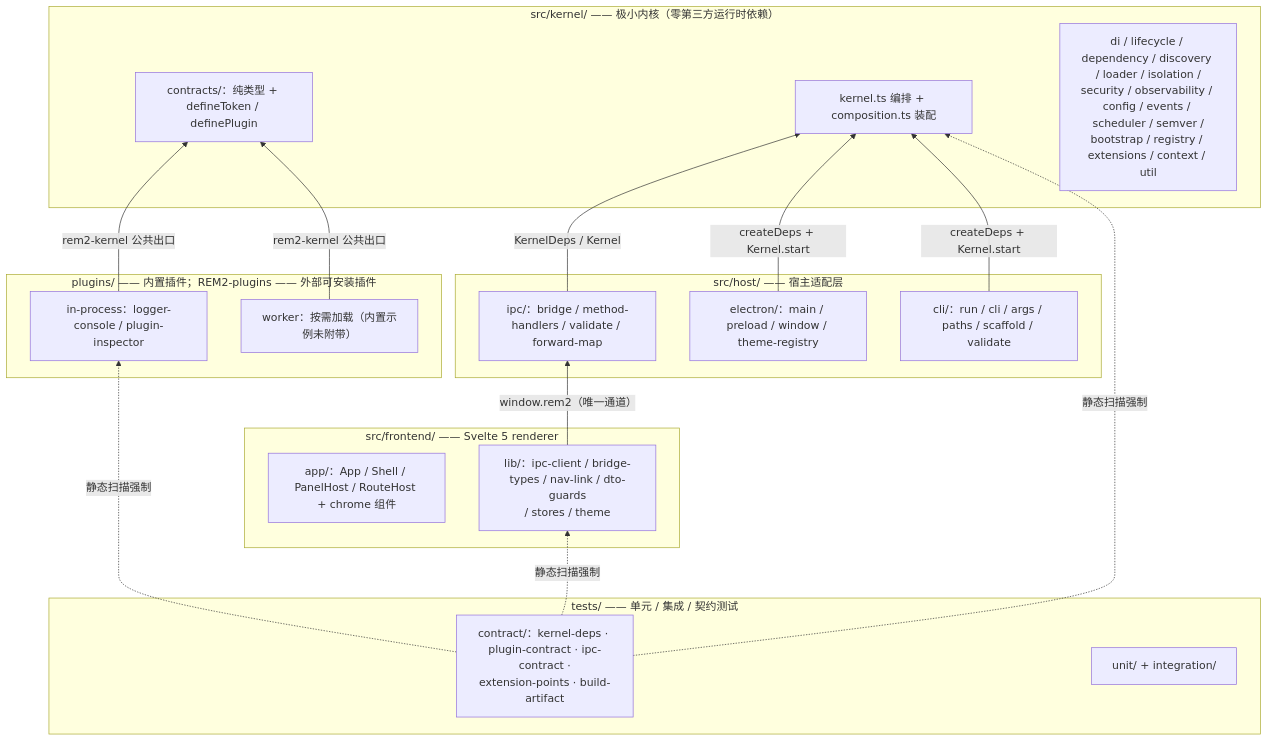
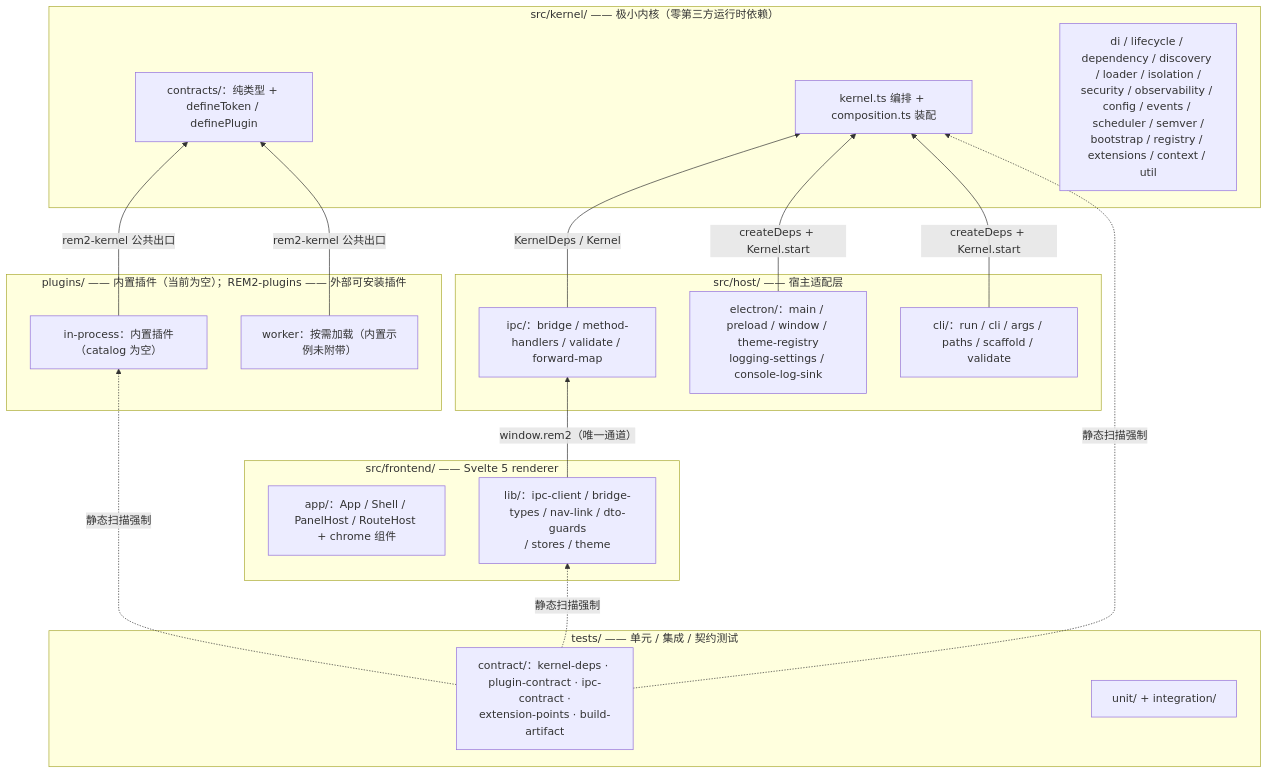
Before and after one commit to kino14910/REM2: the first of 5 diagrams in docs/01-architecture-overview.md, drawn with Mermaid. The commit also changed other lines of this file and 16 other files, not shown here.

````diff
--- a/docs/01-architecture-overview.md
+++ b/docs/01-architecture-overview.md
@@ -19,39 +19,39 @@
 ```mermaid
 graph BT
-    subgraph L1["plugins/ —— 内置插件；REM2-plugins —— 外部可安装插件"]
-        PA["in-process：logger-console / plugin-inspector"]
+    subgraph L1["plugins/ —— 内置插件（当前为空）；REM2-plugins —— 外部可安装插件"]
+        PA["in-process：内置插件（catalog 为空）"]
         PB["worker：按需加载（内置示例未附带）"]
     end
 
     subgraph L2["src/frontend/ —— Svelte 5 renderer"]
         FA["app/：App / Shell / PanelHost / RouteHost + chrome 组件"]
         FB["lib/：ipc-client / bridge-types / nav-link / dto-guards<br/>/ stores / theme"]
     end
 
     subgraph L3["src/host/ —— 宿主适配层"]
-        HA["electron/：main / preload / window / theme-registry"]
+        HA["electron/：main / preload / window / theme-registry<br/>logging-settings / console-log-sink"]
         HB["ipc/：bridge / method-handlers / validate / forward-map"]
         HC["cli/：run / cli / args / paths / scaffold / validate"]
     end
 
     subgraph L4["src/kernel/ —— 极小内核（零第三方运行时依赖）"]
         KA["contracts/：纯类型 + defineToken / definePlugin"]
         KB["kernel.ts 编排 + composition.ts 装配"]
         KC["di / lifecycle / dependency / discovery / loader / isolation /<br/>security / observability / config / events / scheduler / semver /<br/>bootstrap / registry / extensions / context / util"]
     end
 
     subgraph L5["tests/ —— 单元 / 集成 / 契约测试"]
         TA["contract/：kernel-deps · plugin-contract · ipc-contract ·<br/>extension-points · build-artifact"]
         TB["unit/ + integration/"]
     end
 
     FB -->|"window.rem2（唯一通道）"| HB
     HB -->|"KernelDeps / Kernel"| KB
     HA -->|"createDeps + Kernel.start"| KB
     HC -->|"createDeps + Kernel.start"| KB
     PA -->|"rem2-kernel 公共出口"| KA
     PB -->|"rem2-kernel 公共出口"| KA
     TA -.->|"静态扫描强制"| KB
     TA -.->|"静态扫描强制"| FB
     TA -.->|"静态扫描强制"| PA
 ```
````
